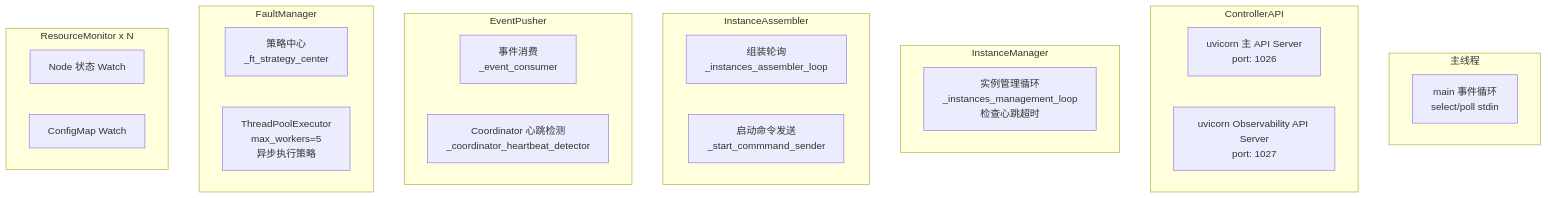
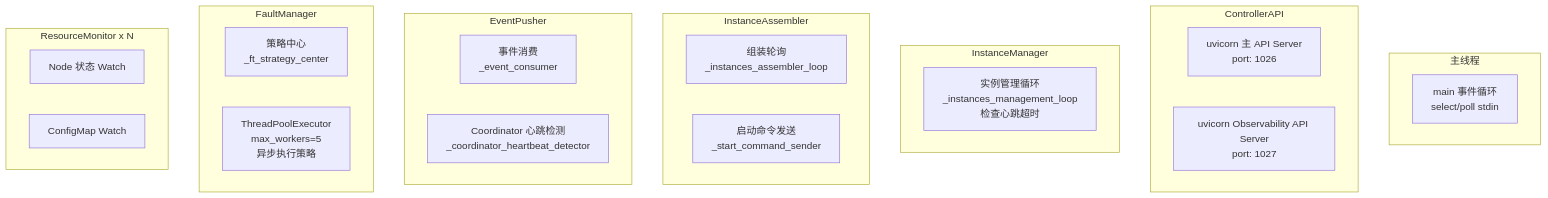
Before and after one commit to Ascend/MindIE-Motor: the third of 10 diagrams in docs/zh/developer_guide/components/controller.md, drawn with Mermaid. The commit also changed other lines of this file and 36 other files, not shown here.

````diff
--- a/docs/zh/developer_guide/components/controller.md
+++ b/docs/zh/developer_guide/components/controller.md
@@ -105,29 +105,29 @@
 ```mermaid
 flowchart TB
     subgraph Main[主线程]
         main_loop[main 事件循环<br/>select/poll stdin]
     end
     subgraph API[ControllerAPI]
         uvicorn_main[uvicorn 主 API Server<br/>port: 1026]
         uvicorn_obs[uvicorn Observability API Server<br/>port: 1027]
     end
     subgraph IM[InstanceManager]
         mgmt_loop[实例管理循环<br/>_instances_management_loop<br/>检查心跳超时]
     end
     subgraph IA[InstanceAssembler]
         assembler_loop[组装轮询<br/>_instances_assembler_loop]
-        cmd_sender[启动命令发送<br/>_start_commmand_sender]
+        cmd_sender[启动命令发送<br/>_start_command_sender]
     end
     subgraph EP[EventPusher]
         event_consumer[事件消费<br/>_event_consumer]
         hb_detector[Coordinator 心跳检测<br/>_coordinator_heartbeat_detector]
     end
     subgraph FM[FaultManager]
         strategy_center[策略中心<br/>_ft_strategy_center]
         thread_pool[ThreadPoolExecutor<br/>max_workers=5<br/>异步执行策略]
     end
     subgraph RM[ResourceMonitor x N]
         node_watch[Node 状态 Watch]
         cm_watch[ConfigMap Watch]
     end
 ```
````
